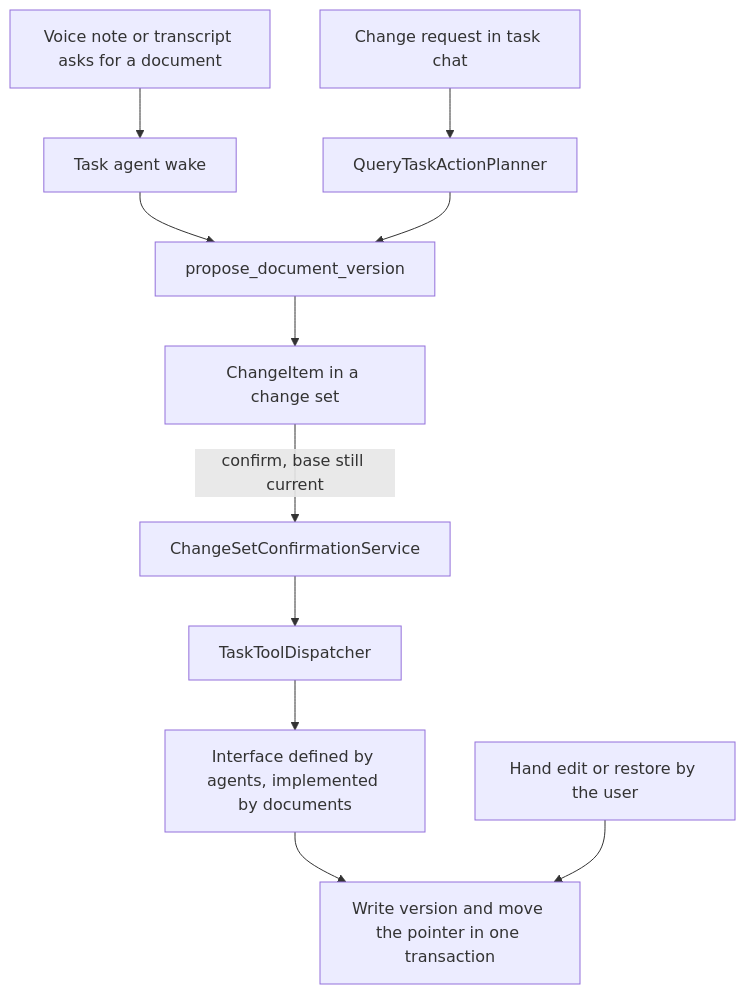
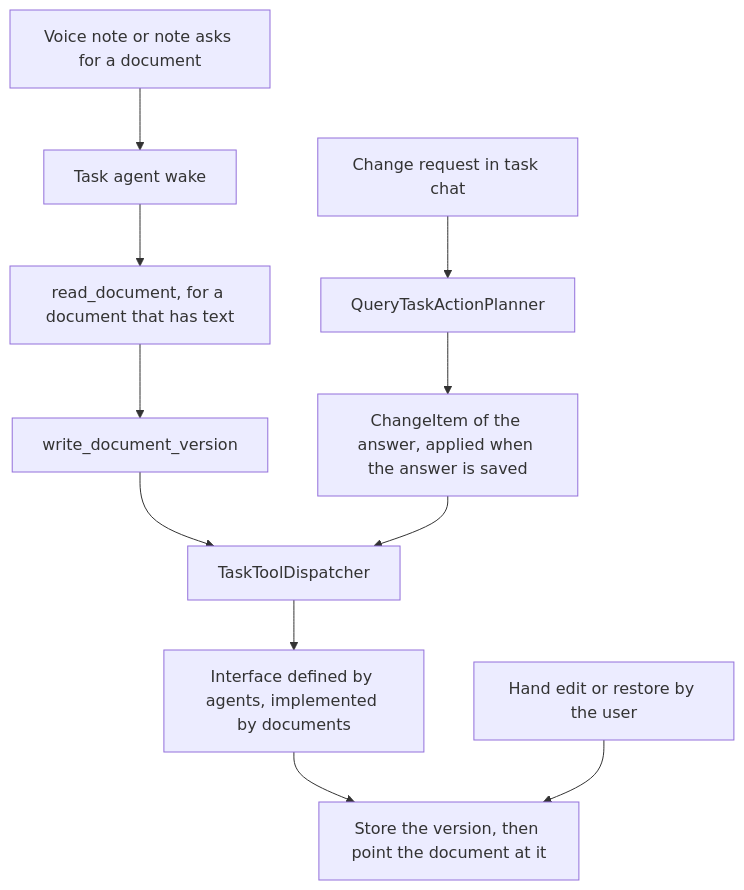
Before and after one commit to matthiasn/lotti: the third of 6 diagrams in knowledge/features/documents.md, drawn with Mermaid. The commit also changed other lines of this file and 109 other files, not shown here.

First line of the commit message:
feat(documents): the agent writes document versions directly, with version history and Go back instead of a confirm step

````diff
--- a/knowledge/features/documents.md
+++ b/knowledge/features/documents.md
@@ -248,13 +256,13 @@
 ```mermaid
 flowchart TD
-  VN[Voice note or transcript asks for a document] --> W[Task agent wake]
+  VN[Voice note or note asks for a document] --> W[Task agent wake]
   CH[Change request in task chat] --> P[QueryTaskActionPlanner]
-  W --> TOOL["propose_document_version"]
-  P --> TOOL
-  TOOL --> CI[ChangeItem in a change set]
-  CI -->|confirm, base still current| S[ChangeSetConfirmationService]
-  S --> X[TaskToolDispatcher]
+  W --> RD["read_document, for a document that has text"]
+  RD --> TOOL["write_document_version"]
+  P --> ITEM[ChangeItem of the answer, applied when the answer is saved]
+  TOOL --> X[TaskToolDispatcher]
+  ITEM --> X
   X --> PORT[Interface defined by agents, implemented by documents]
-  PORT --> WRITE[Write version and move the pointer in one transaction]
+  PORT --> WRITE[Store the version, then point the document at it]
   HAND[Hand edit or restore by the user] --> WRITE
 ```
````
